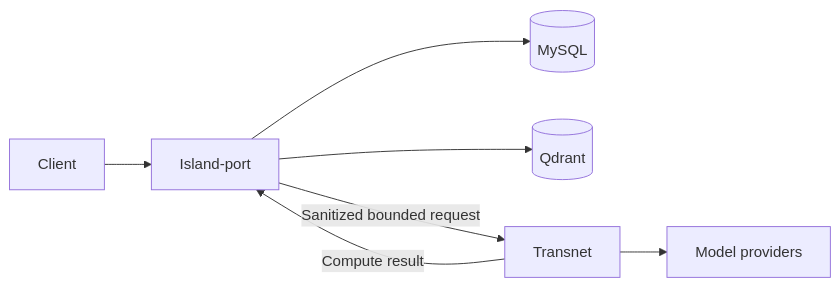
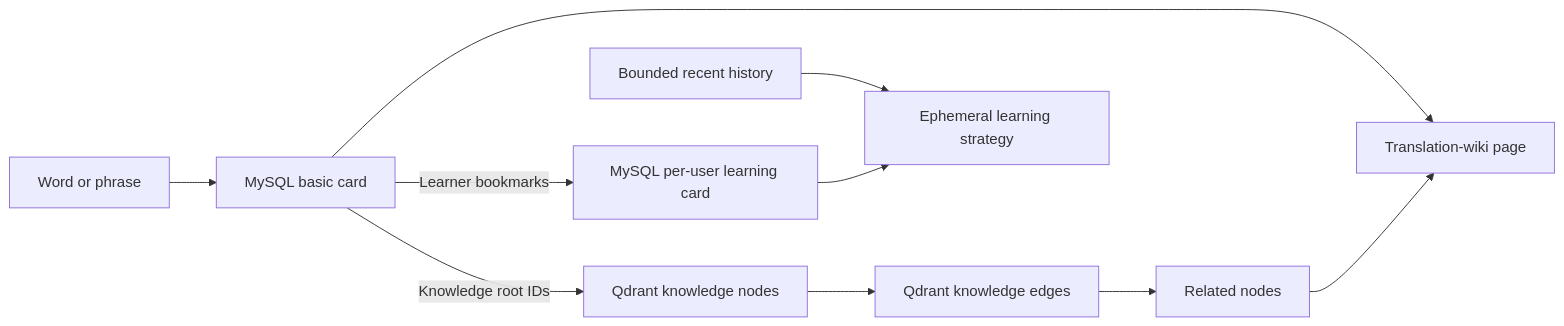
Before and after one commit to Ashex-x/Transnet: the first of 2 diagrams in docs/transnet.md, drawn with Mermaid. The commit also changed other lines of this file, not shown here.

Commit message:
docs: redefine Transnet learning agent design

````diff
--- a/docs/transnet.md
+++ b/docs/transnet.md
@@ -11,9 +142,12 @@
 ```mermaid
 flowchart LR
-  client["Client"] --> port["Island-port"]
-  port --> mysql[("MySQL")]
-  port --> qdrant[("Qdrant")]
-  port -->|"Sanitized bounded request"| transnet["Transnet"]
-  transnet --> models["Model providers"]
-  transnet -->|"Compute result"| port
+  query["Word or phrase"] --> basic["MySQL basic card"]
+  basic -->|"Knowledge root IDs"| nodes["Qdrant knowledge nodes"]
+  nodes --> edges["Qdrant knowledge edges"]
+  edges --> related["Related nodes"]
+  basic --> wiki["Translation-wiki page"]
+  related --> wiki
+  basic -->|"Learner bookmarks"| personal["MySQL per-user learning card"]
+  history["Bounded recent history"] --> strategy["Ephemeral learning strategy"]
+  personal --> strategy
 ```
````
